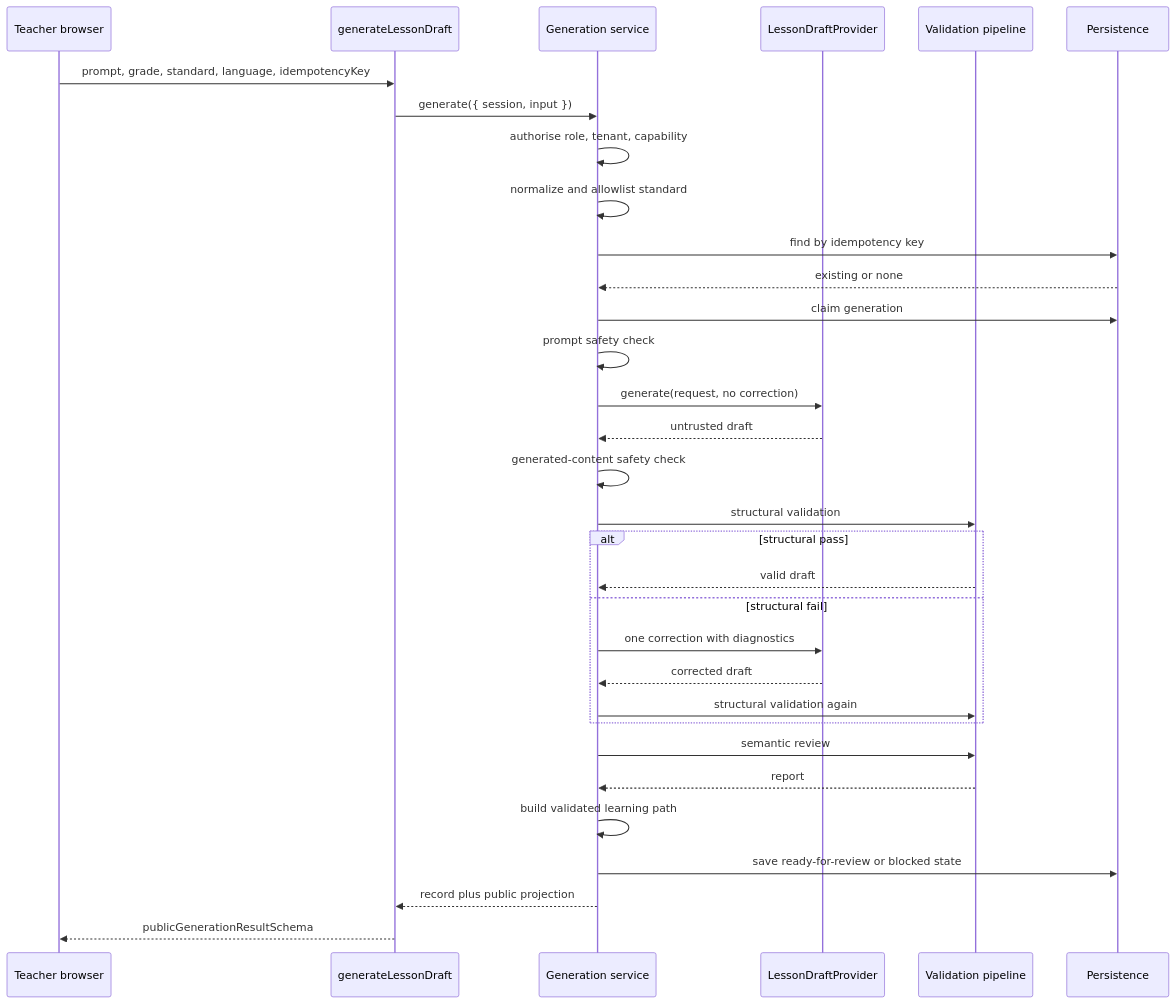
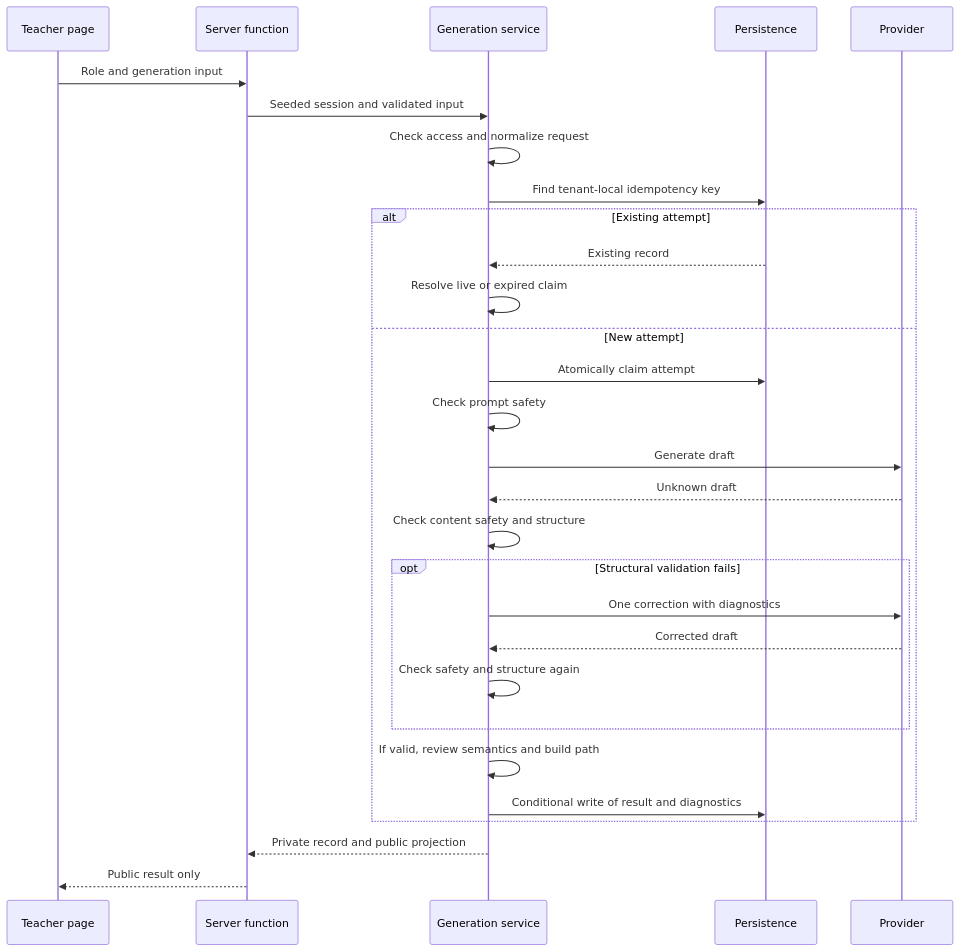
One commit to abodacs/edu-canvas changed the second of 2 diagrams in ARCHITECTURE.md. Above: the diagram before and after it, drawn with Mermaid. The commit also changed other lines of this file and 1 other file, not shown here.

First line of the commit message:
docs: restructure ARCHITECTURE.md as ownership-first reference

````diff
--- a/ARCHITECTURE.md
+++ b/ARCHITECTURE.md
@@ -217,34 +163,31 @@
 ```mermaid
 sequenceDiagram
-    participant B as Teacher browser
-    participant F as generateLessonDraft
-    participant S as Generation service
-    participant P as LessonDraftProvider
-    participant V as Validation pipeline
-    participant D as Persistence
-    B->>F: prompt, grade, standard, language, idempotencyKey
-    F->>S: generate({ session, input })
-    S->>S: authorise role, tenant, capability
-    S->>S: normalize and allowlist standard
-    S->>D: find by idempotency key
-    D-->>S: existing or none
-    S->>D: claim generation
-    S->>S: prompt safety check
-    S->>P: generate(request, no correction)
-    P-->>S: untrusted draft
-    S->>S: generated-content safety check
-    S->>V: structural validation
-    alt structural pass
-        V-->>S: valid draft
-    else structural fail
-        S->>P: one correction with diagnostics
-        P-->>S: corrected draft
-        S->>V: structural validation again
+    participant UI as Teacher page
+    participant Fn as Server function
+    participant Service as Generation service
+    participant Store as Persistence
+    participant Model as Provider
+    UI->>Fn: Role and generation input
+    Fn->>Service: Seeded session and validated input
+    Service->>Service: Check access and normalize request
+    Service->>Store: Find tenant-local idempotency key
+    alt Existing attempt
+        Store-->>Service: Existing record
+        Service->>Service: Resolve live or expired claim
+    else New attempt
+        Service->>Store: Atomically claim attempt
+        Service->>Service: Check prompt safety
+        Service->>Model: Generate draft
+        Model-->>Service: Unknown draft
+        Service->>Service: Check content safety and structure
+        opt Structural validation fails
+            Service->>Model: One correction with diagnostics
+            Model-->>Service: Corrected draft
+            Service->>Service: Check safety and structure again
+        end
+        Service->>Service: If valid, review semantics and build path
+        Service->>Store: Conditional write of result and diagnostics
     end
-    S->>V: semantic review
-    V-->>S: report
-    S->>S: build validated learning path
-    S->>D: save ready-for-review or blocked state
-    S-->>F: record plus public projection
-    F-->>B: publicGenerationResultSchema
+    Service-->>Fn: Private record and public projection
+    Fn-->>UI: Public result only
 ```
````
